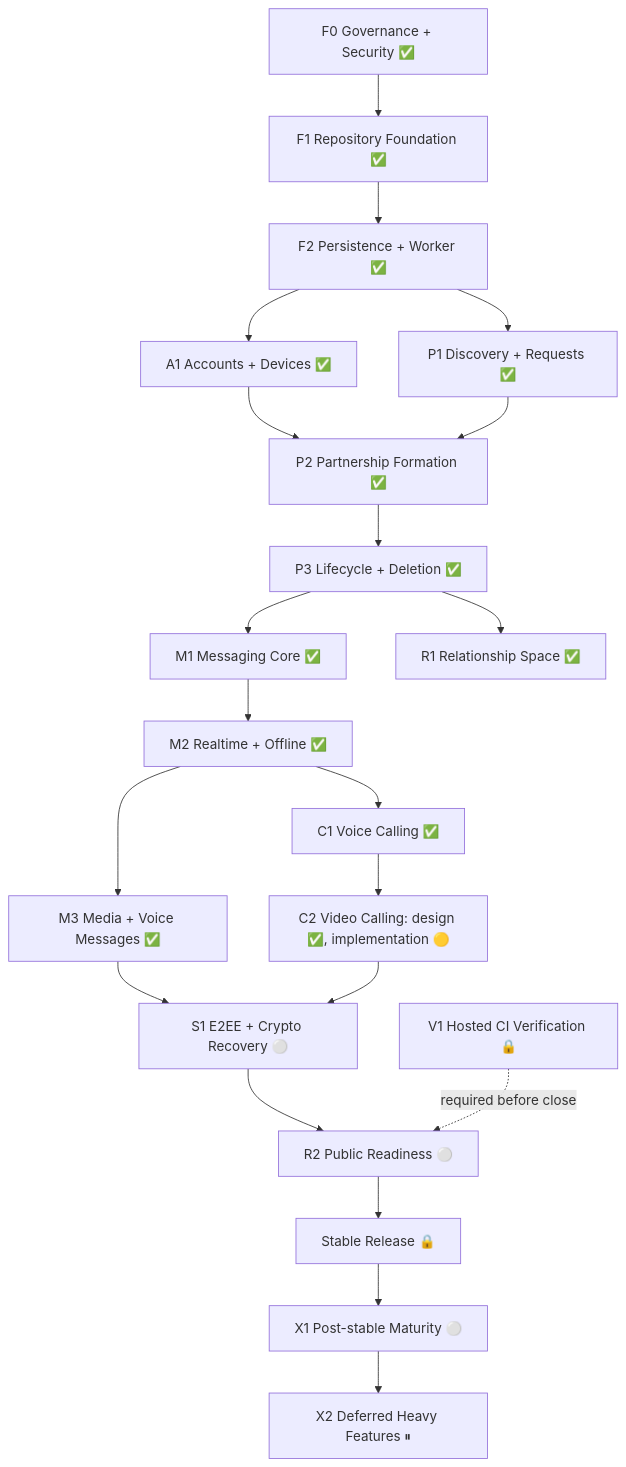
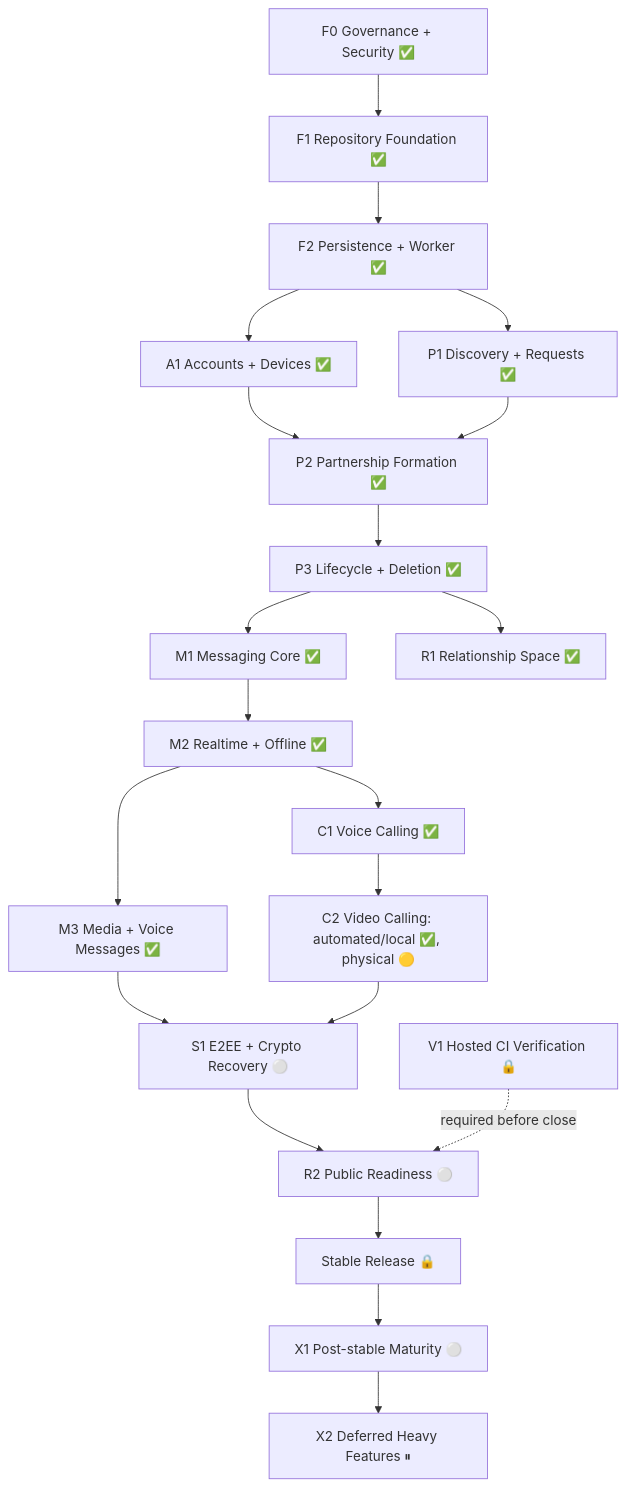
One commit to ekamal22/shawtie-pls-app changed the diagram in docs/EXECUTION_GRAPH.md. Above: the diagram before and after it, drawn with Mermaid. The commit also changed other lines of this file and 15 other files, not shown here.

```diff
--- a/docs/EXECUTION_GRAPH.md
+++ b/docs/EXECUTION_GRAPH.md
@@ -88,32 +88,32 @@
 ~~~mermaid
 flowchart TD
     F0["F0 Governance + Security ✅"] --> F1["F1 Repository Foundation ✅"]
     F1 --> F2["F2 Persistence + Worker ✅"]
 
     F2 --> A1["A1 Accounts + Devices ✅"]
     F2 --> P1["P1 Discovery + Requests ✅"]
 
     A1 --> P2["P2 Partnership Formation ✅"]
     P1 --> P2
 
     P2 --> P3["P3 Lifecycle + Deletion ✅"]
 
     P3 --> M1["M1 Messaging Core ✅"]
     P3 --> R1["R1 Relationship Space ✅"]
 
     M1 --> M2["M2 Realtime + Offline ✅"]
 
     M2 --> M3["M3 Media + Voice Messages ✅"]
     M2 --> C1["C1 Voice Calling ✅"]
-    C1 --> C2["C2 Video Calling: design ✅, implementation 🟡"]
+    C1 --> C2["C2 Video Calling: automated/local ✅, physical 🟡"]
 
     M3 --> S1["S1 E2EE + Crypto Recovery ⚪"]
     C2 --> S1
 
     S1 --> R2["R2 Public Readiness ⚪"]
     V1["V1 Hosted CI Verification 🔒"] -. required before close .-> R2
 
     R2 --> RELEASE["Stable Release 🔒"]
     RELEASE --> X1["X1 Post-stable Maturity ⚪"]
     X1 --> X2["X2 Deferred Heavy Features ⏸"]
 ~~~
```
